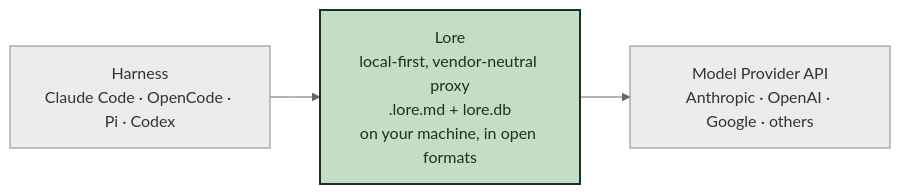
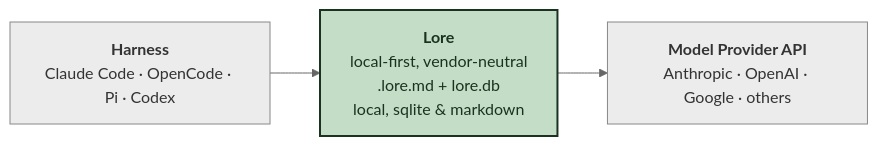
Before and after one commit to BYK/loreai: the diagram in packages/website/src/content/blog/the-embedding-trap.md, drawn with Mermaid (neutral theme).

Commit message:
docs(blog): bold the box titles and trim the lore descriptor
The 'Harness' / 'Lore' / 'Model Provider API' labels were the same
weight as the descriptor text underneath, so the eye didn't know
where to land. Wrap them in <b> so the title of each box stands
out.

Also drop 'proxy' from 'local-first, vendor-neutral proxy' — the
diagram already shows the proxying relationship via the arrows,
'vendor-neutral' is the load-bearing claim. And swap 'on your
machine, in open formats' for 'local, sqlite & markdown' — the
three words say everything the four did.

The shorter lore box should also stop clipping the bottom line.

````diff
--- a/packages/website/src/content/blog/the-embedding-trap.md
+++ b/packages/website/src/content/blog/the-embedding-trap.md
@@ -70,14 +70,14 @@
 ```mermaid
 flowchart LR
-    H["Harness<br/>Claude Code · OpenCode · Pi · Codex"]
-    L["Lore<br/>local-first, vendor-neutral proxy<br/>.lore.md + lore.db<br/>on your machine, in open formats"]
-    A["Model Provider API<br/>Anthropic · OpenAI · Google · others"]
+    H["<b>Harness</b><br/>Claude Code · OpenCode · Pi · Codex"]
+    L["<b>Lore</b><br/>local-first, vendor-neutral<br/>.lore.md + lore.db<br/>local, sqlite & markdown"]
+    A["<b>Model Provider API</b><br/>Anthropic · OpenAI · Google · others"]
 
     H --> L
     L --> A
 
     classDef lore fill:#c4ddc7,stroke:#1a3320,stroke-width:2px,color:#1a3320
     classDef ext fill:#ececec,stroke:#888,color:#333
     class L lore
     class H,A ext
 ```
````
